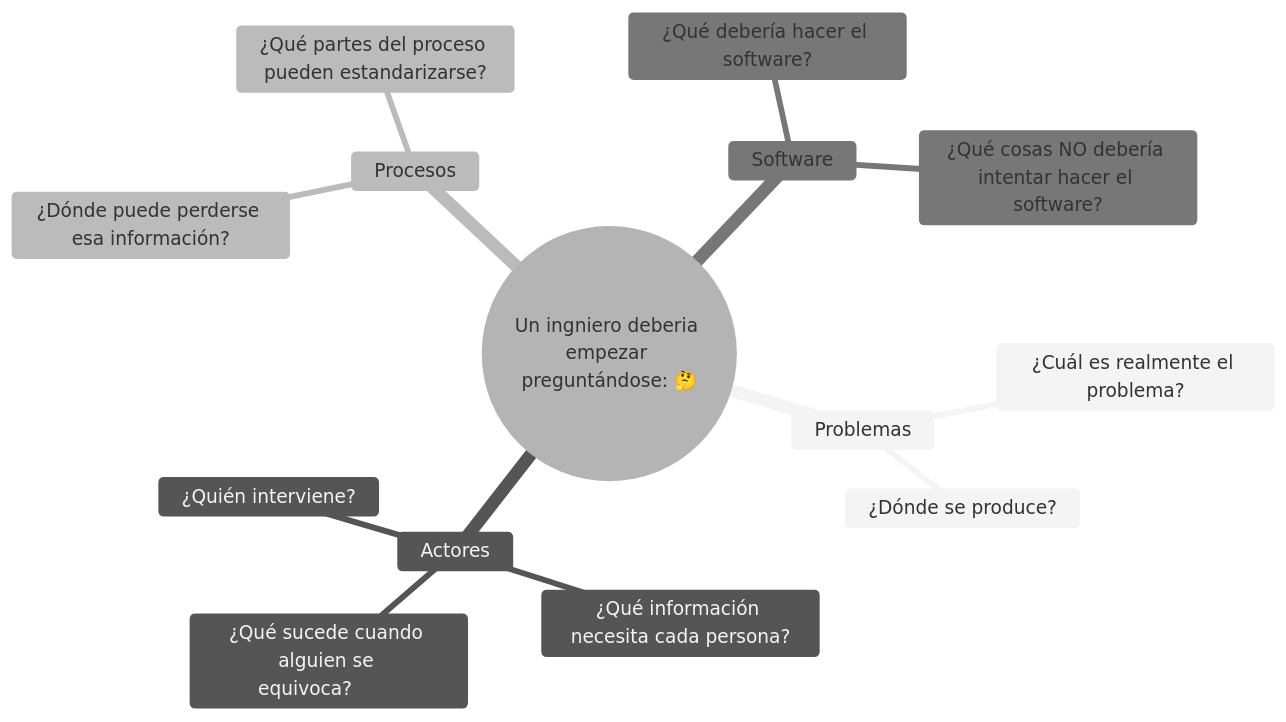
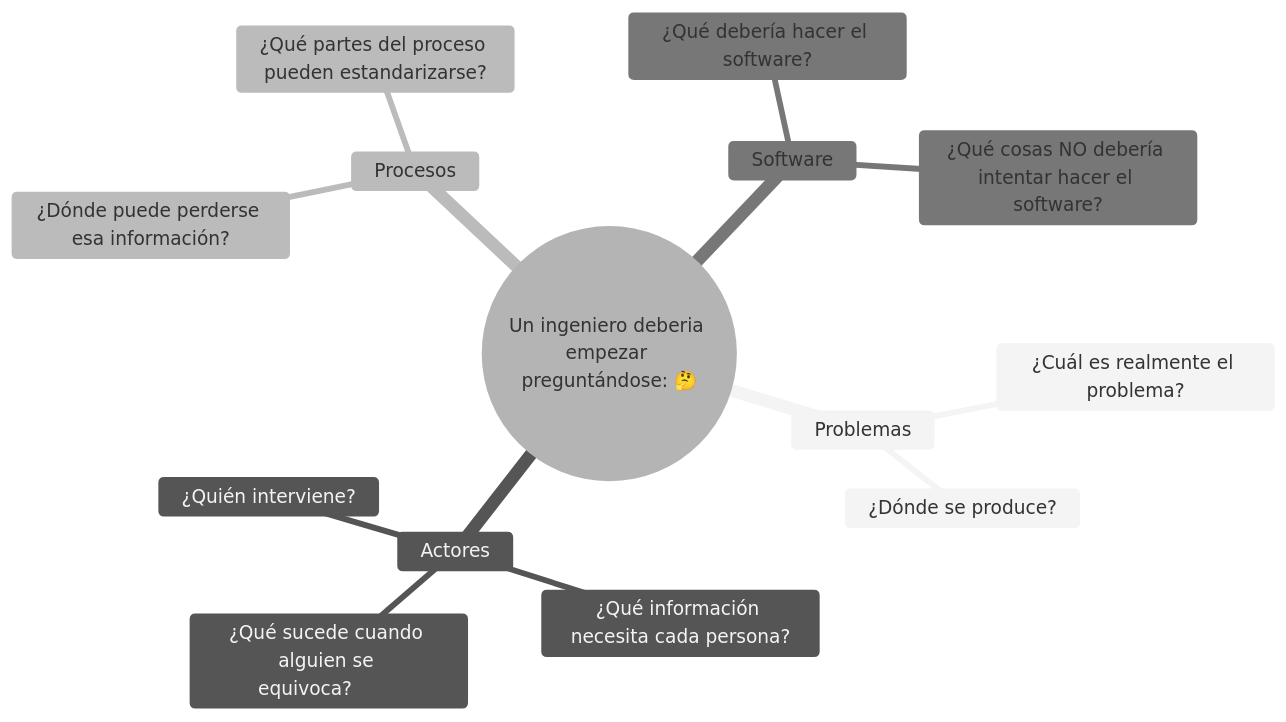
One commit to JhalexR/learning-journey changed the fourth of 8 diagrams in Knowledge Base/2 Articulos e investigaciones/3. Hospitalización y Software.md. Above: the diagram before and after it, drawn with Mermaid (neutral theme). The commit also changed other lines of this file, not shown here.

````diff
--- a/Knowledge Base/2 Articulos e investigaciones/3. Hospitalización y Software.md
+++ b/Knowledge Base/2 Articulos e investigaciones/3. Hospitalización y Software.md
@@ -124,17 +124,17 @@
 ```mermaid
 mindmap
-  root((Un ingniero deberia empezar preguntándose: 🤔))
+  root((Un ingeniero deberia empezar preguntándose: 🤔))
     Problemas
       ¿Cuál es realmente el problema?
       ¿Dónde se produce?
     Actores
       ¿Quién interviene?
       ¿Qué información necesita cada persona?
       ¿Qué sucede cuando alguien se equivoca?	
     Procesos
       ¿Dónde puede perderse esa información?
       ¿Qué partes del proceso pueden estandarizarse?
     Software
       ¿Qué debería hacer el software?
       ¿Qué cosas NO debería intentar hacer el software?
 ```
````
